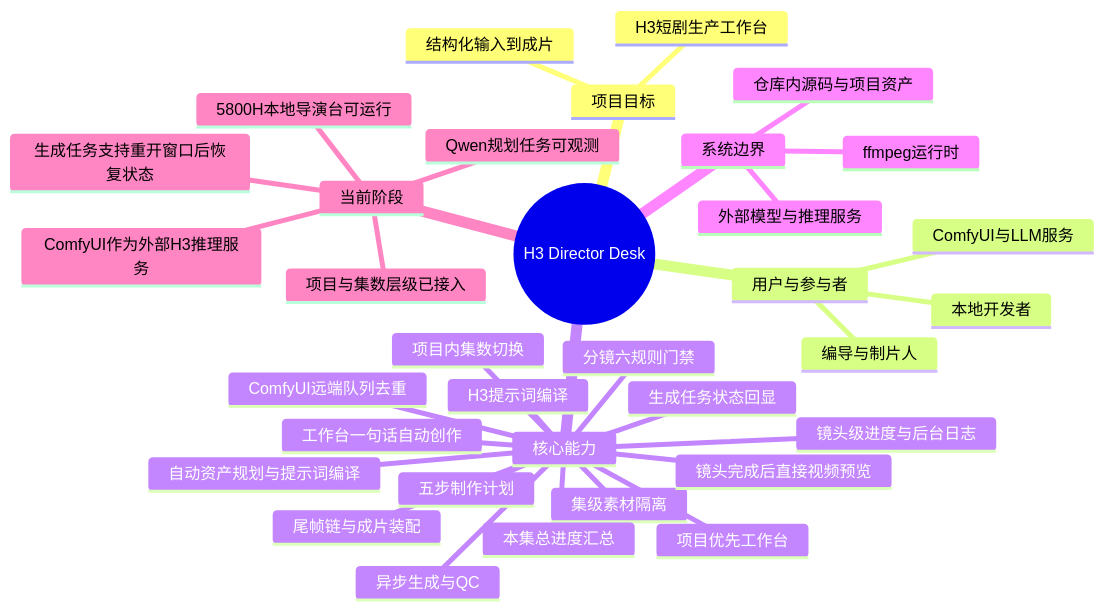
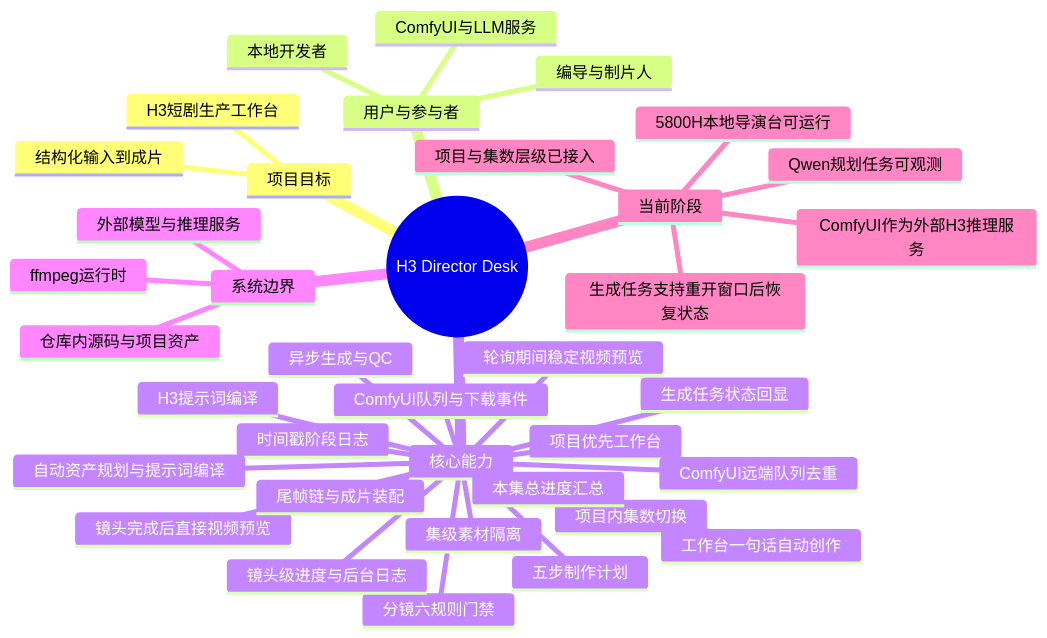
Before and after one commit to Exalex/h3-director-desk: the diagram in docs/project-evolution/mindmaps/project-overview.md, drawn with Mermaid. The commit also changed 12 other files, not shown here.

````diff
--- a/docs/project-evolution/mindmaps/project-overview.md
+++ b/docs/project-evolution/mindmaps/project-overview.md
@@ -3,37 +3,40 @@
 ```mermaid
 mindmap
   root((H3 Director Desk))
     项目目标
       H3短剧生产工作台
       结构化输入到成片
     用户与参与者
       编导与制片人
       本地开发者
       ComfyUI与LLM服务
     核心能力
       项目优先工作台
       项目内集数切换
       集级素材隔离
       五步制作计划
       分镜六规则门禁
       H3提示词编译
       异步生成与QC
       生成任务状态回显
+      时间戳阶段日志
+      ComfyUI队列与下载事件
+      轮询期间稳定视频预览
       ComfyUI远端队列去重
       镜头级进度与后台日志
       本集总进度汇总
       镜头完成后直接视频预览
       工作台一句话自动创作
       自动资产规划与提示词编译
       尾帧链与成片装配
     系统边界
       仓库内源码与项目资产
       外部模型与推理服务
       ffmpeg运行时
     当前阶段
       5800H本地导演台可运行
       项目与集数层级已接入
       Qwen规划任务可观测
       ComfyUI作为外部H3推理服务
       生成任务支持重开窗口后恢复状态
 ```
````
